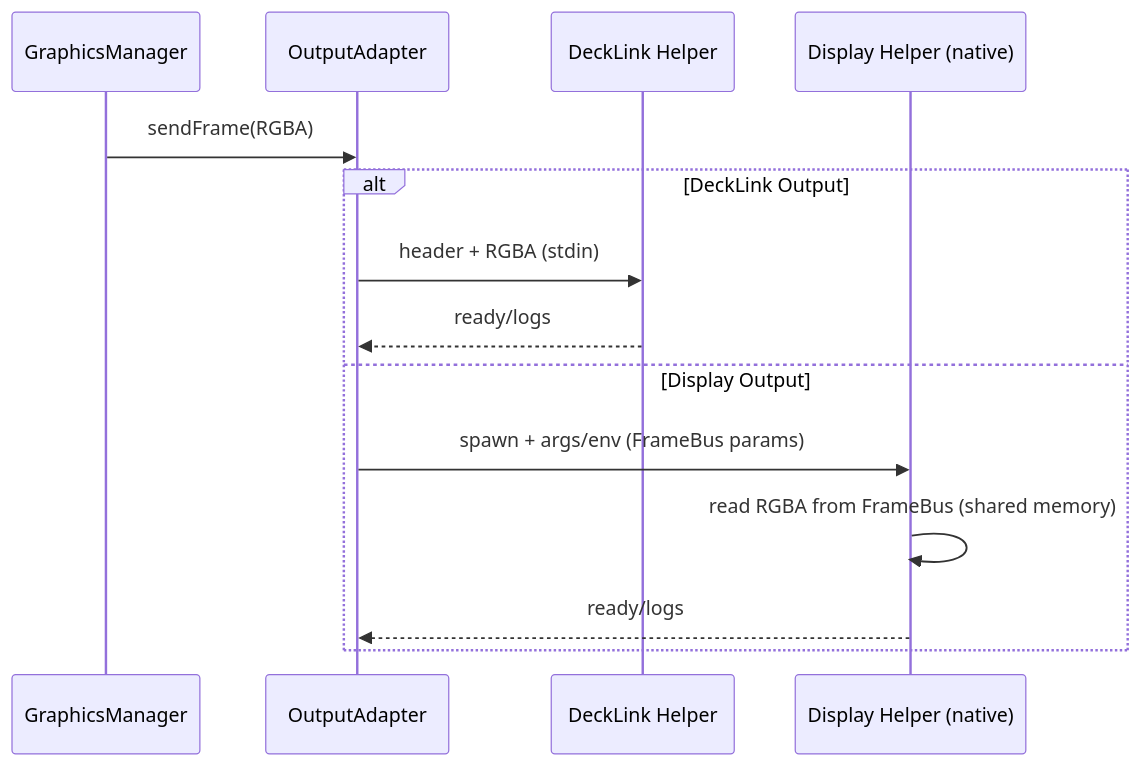
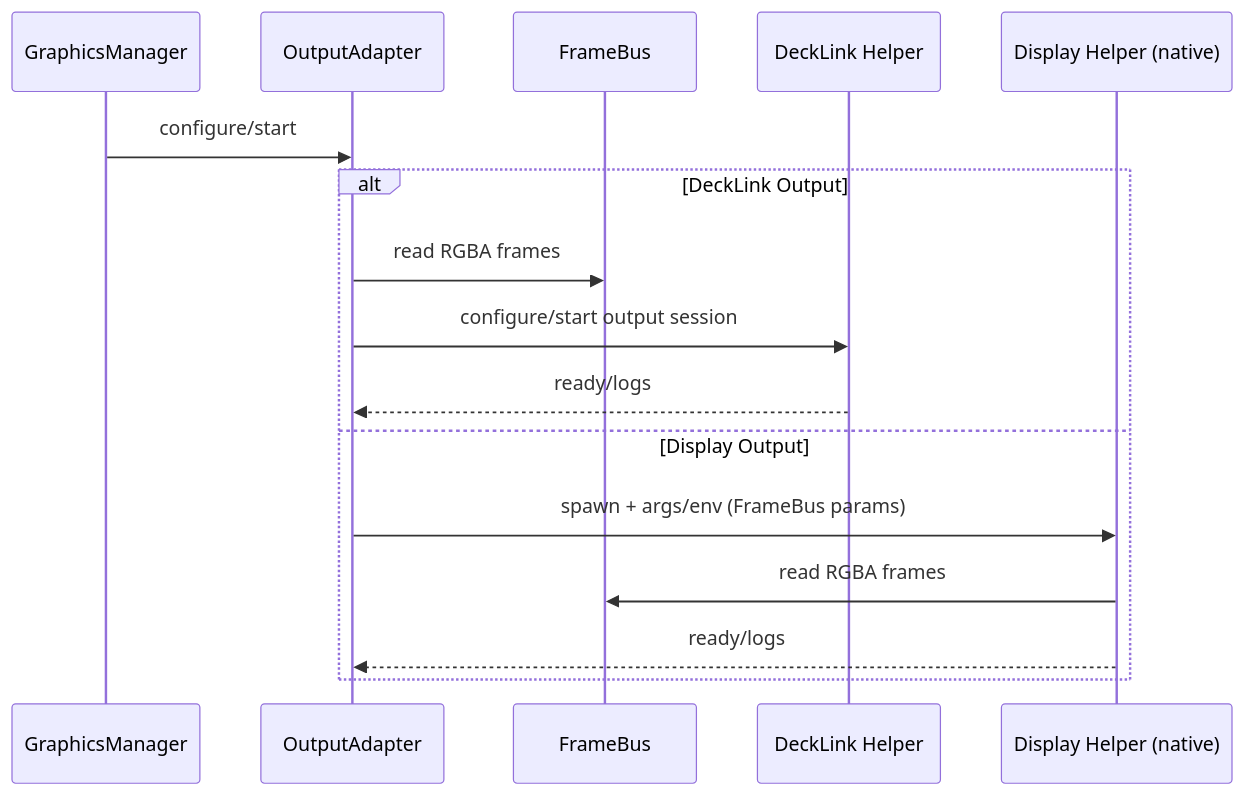
The diagram in docs/bridge/subsystems/output-helper.md (pivotrecruiting/broadify-bridge), drawn with Mermaid before and after one commit. The commit also changed other lines of this file and 16 other files, not shown here.

````diff
--- a/docs/bridge/subsystems/output-helper.md
+++ b/docs/bridge/subsystems/output-helper.md
@@ -26,17 +24,19 @@
 ```mermaid
 sequenceDiagram
   participant GM as GraphicsManager
   participant OA as OutputAdapter
+  participant FB as FrameBus
   participant DH as DeckLink Helper
   participant EH as Display Helper (native)
 
-  GM->>OA: sendFrame(RGBA)
+  GM->>OA: configure/start
   alt DeckLink Output
-    OA->>DH: header + RGBA (stdin)
+    OA->>FB: read RGBA frames
+    OA->>DH: configure/start output session
     DH-->>OA: ready/logs
   else Display Output
     OA->>EH: spawn + args/env (FrameBus params)
-    EH->>EH: read RGBA from FrameBus (shared memory)
+    EH->>FB: read RGBA frames
     EH-->>OA: ready/logs
   end
 ```
````
